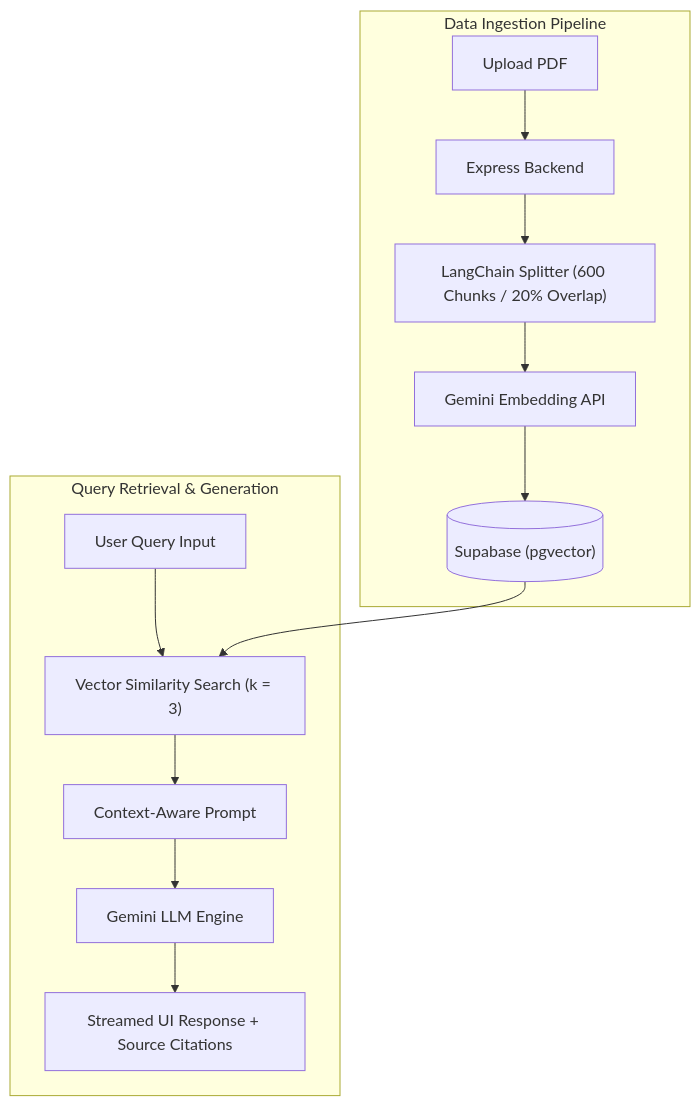
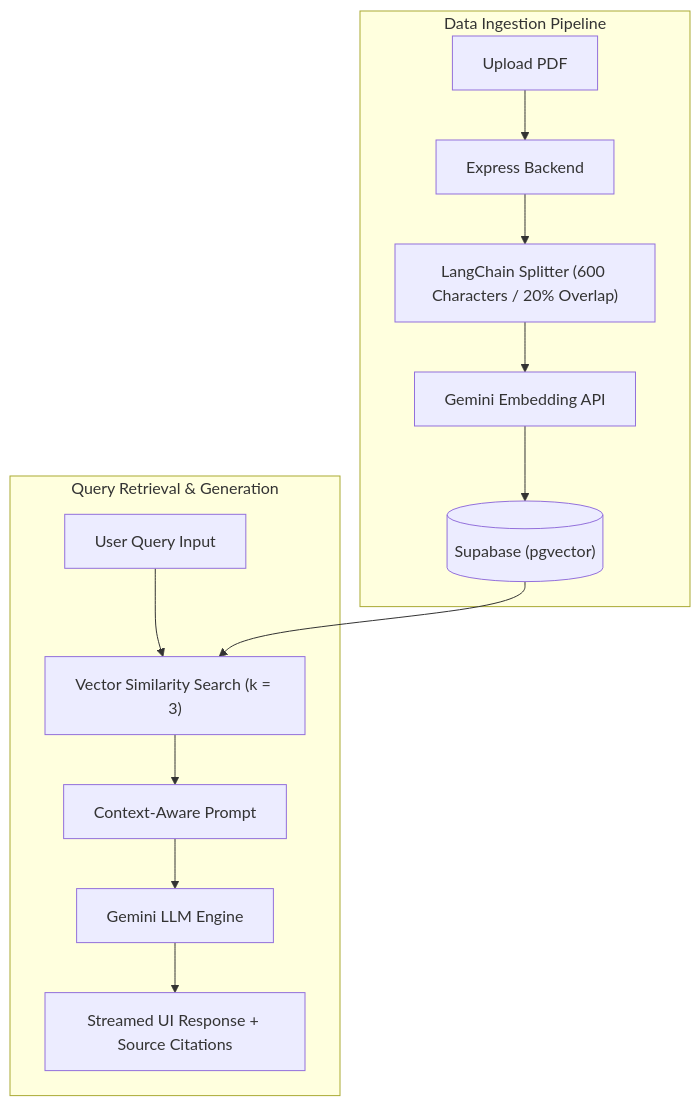
Before and after one commit to AjinkyaJoshi05/fullstack-rag-knowledge-engine: the first of 2 diagrams in README.md, drawn with Mermaid. The commit also changed other lines of this file, not shown here.

````diff
--- a/README.md
+++ b/README.md
@@ -30,17 +31,17 @@
 ```mermaid
 flowchart TD
     subgraph Ingestion_Pipeline [Data Ingestion Pipeline]
         A[Upload PDF] --> B[Express Backend]
-        B --> C["LangChain Splitter (600 Chunks / 20% Overlap)"]
+        B --> C["LangChain Splitter (600 Characters / 20% Overlap)"]
         C --> D[Gemini Embedding API]
         D --> E[("Supabase (pgvector)")]
     end
 
     subgraph Retrieval_Generation [Query Retrieval & Generation]
         F[User Query Input] --> G["Vector Similarity Search (k = 3)"]
         E --> G
         G --> H[Context-Aware Prompt]
         H --> I[Gemini LLM Engine]
         I --> J["Streamed UI Response + Source Citations"]
     end
 ```
````
